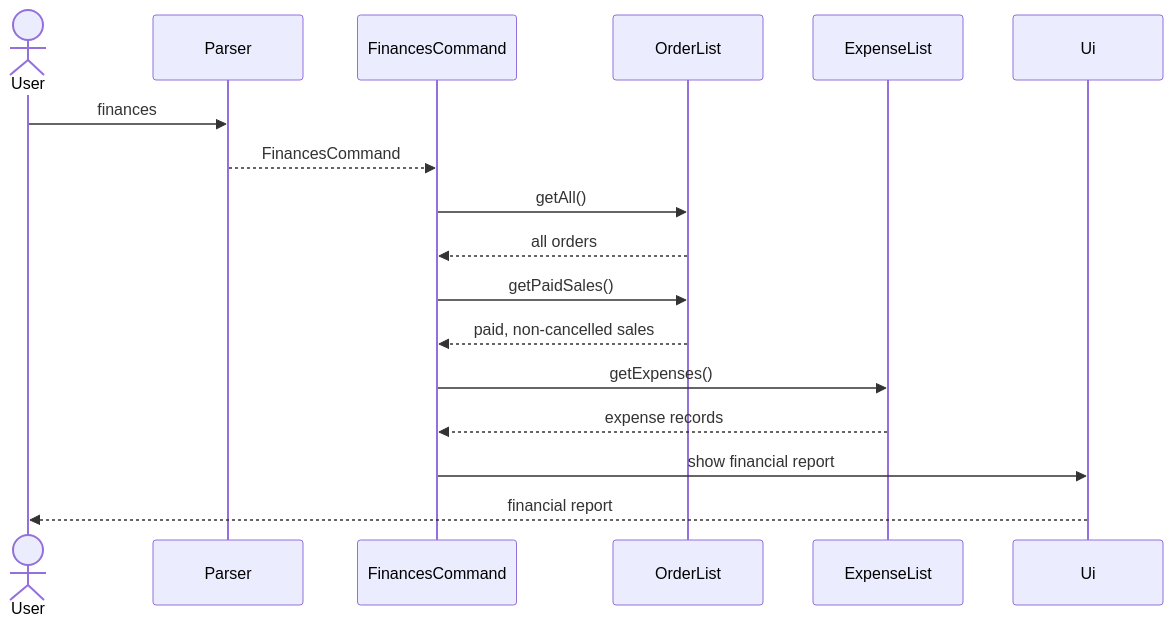
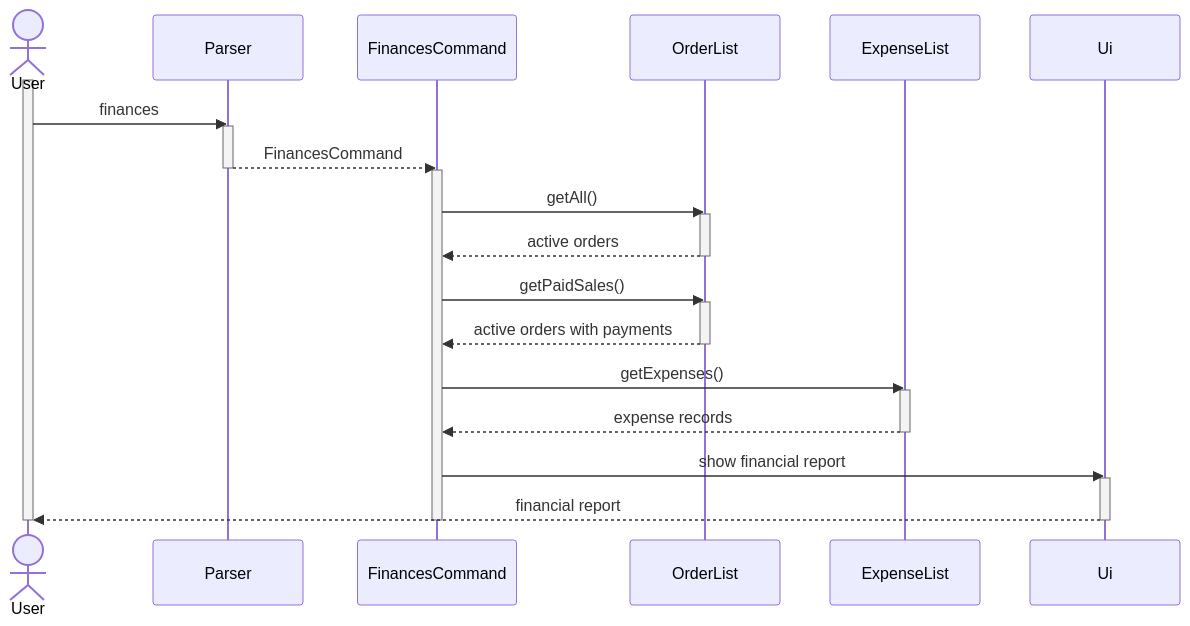
One commit to AY2627S1-CS2113-T11-1/tp changed the diagram in docs/diagrams/finances.mmd. Above: the diagram before and after it, drawn with Mermaid. The commit also changed 17 other files, not shown here.

```diff
--- a/docs/diagrams/finances.mmd
+++ b/docs/diagrams/finances.mmd
@@ -1,18 +1,31 @@
 sequenceDiagram
     actor User
     participant P as Parser
     participant C as FinancesCommand
     participant O as OrderList
     participant E as ExpenseList
     participant U as Ui
-
+    activate User
     User->>P: finances
+    activate P
     P-->>C: FinancesCommand
+    deactivate P
+    activate C
     C->>O: getAll()
-    O-->>C: all orders
+    activate O
+    O-->>C: active orders
+    deactivate O
     C->>O: getPaidSales()
-    O-->>C: paid, non-cancelled sales
+    activate O
+    O-->>C: active orders with payments
+    deactivate O
     C->>E: getExpenses()
+    activate E
     E-->>C: expense records
+    deactivate E
     C->>U: show financial report
+    activate U
     U-->>User: financial report
+    deactivate U
+    deactivate C
+    deactivate User
```
